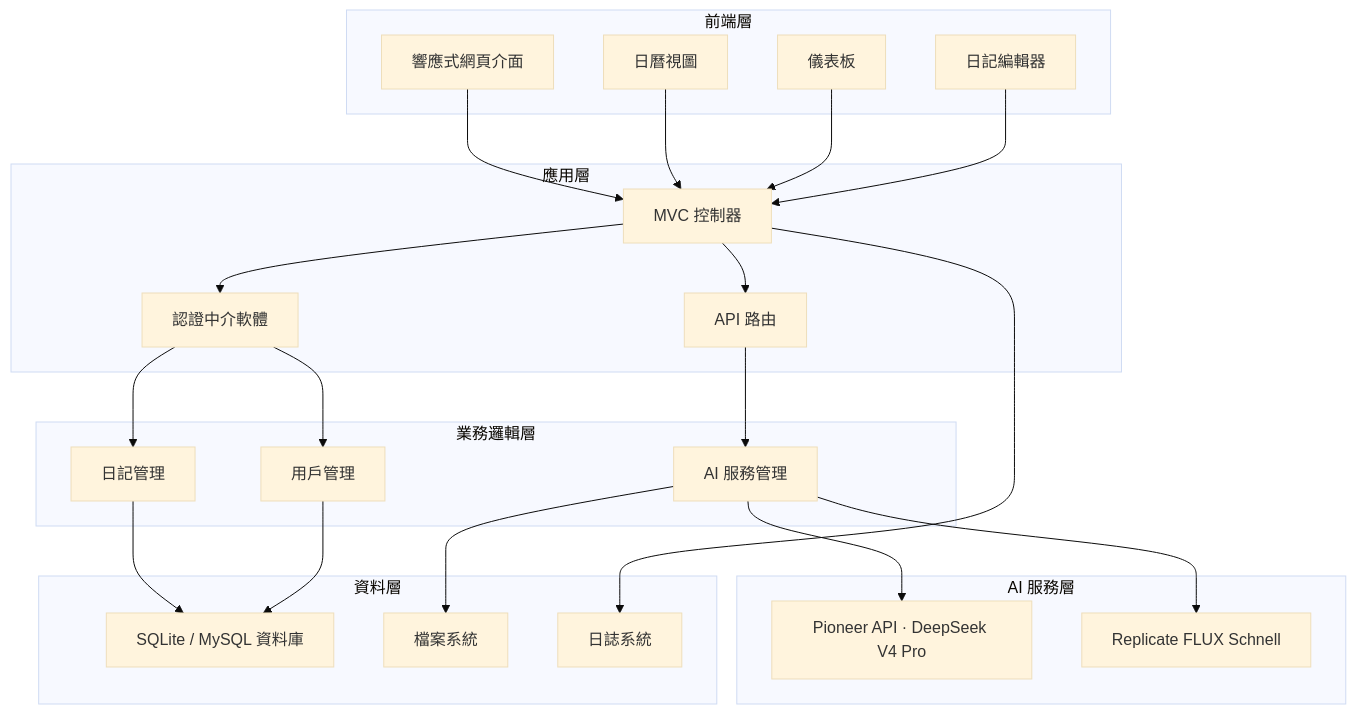
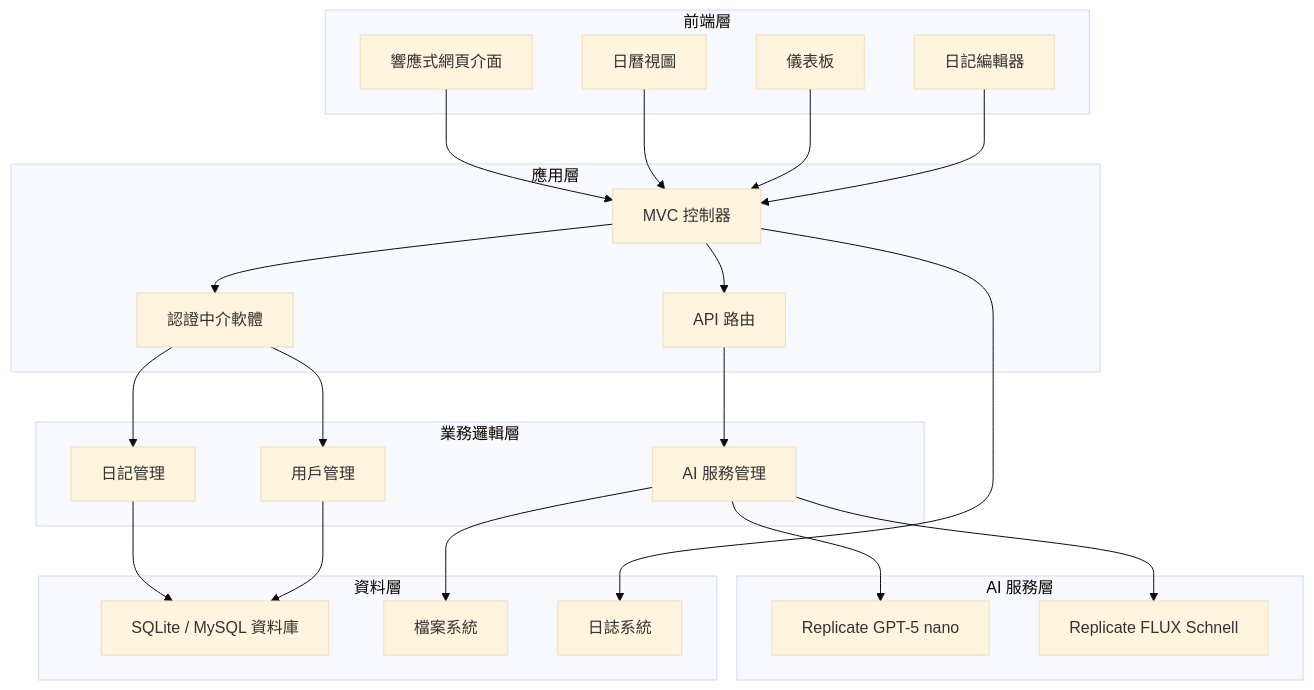
The first of 2 diagrams in README.md (BB5566/MoodCanvas), drawn with Mermaid (base theme) before and after one commit. The commit also changed other lines of this file and 13 other files, not shown here.

First line of the commit message:
AI 全改走 Replicate（GPT-5 nano＋Flux），範例日記放真圖 (#66)

````diff
--- a/README.md
+++ b/README.md
@@ -64,48 +64,48 @@
 ```mermaid
 graph TB
     subgraph "前端層"
         A[響應式網頁介面]
         B[日曆視圖]
         C[儀表板]
         D[日記編輯器]
     end
 
     subgraph "應用層"
         E[MVC 控制器]
         F[認證中介軟體]
         G[API 路由]
     end
 
     subgraph "業務邏輯層"
         H[日記管理]
         I[用戶管理]
         J[AI 服務管理]
     end
 
     subgraph "AI 服務層"
-        K[Pioneer API · DeepSeek V4 Pro]
+        K[Replicate GPT-5 nano]
         L[Replicate FLUX Schnell]
     end
 
     subgraph "資料層"
         N[SQLite / MySQL 資料庫]
         O[檔案系統]
         P[日誌系統]
     end
 
     A --> E
     B --> E
     C --> E
     D --> E
     E --> F
     E --> G
     F --> H
     F --> I
     G --> J
     J --> K
     J --> L
     H --> N
     I --> N
     J --> O
     E --> P
 ```
````
